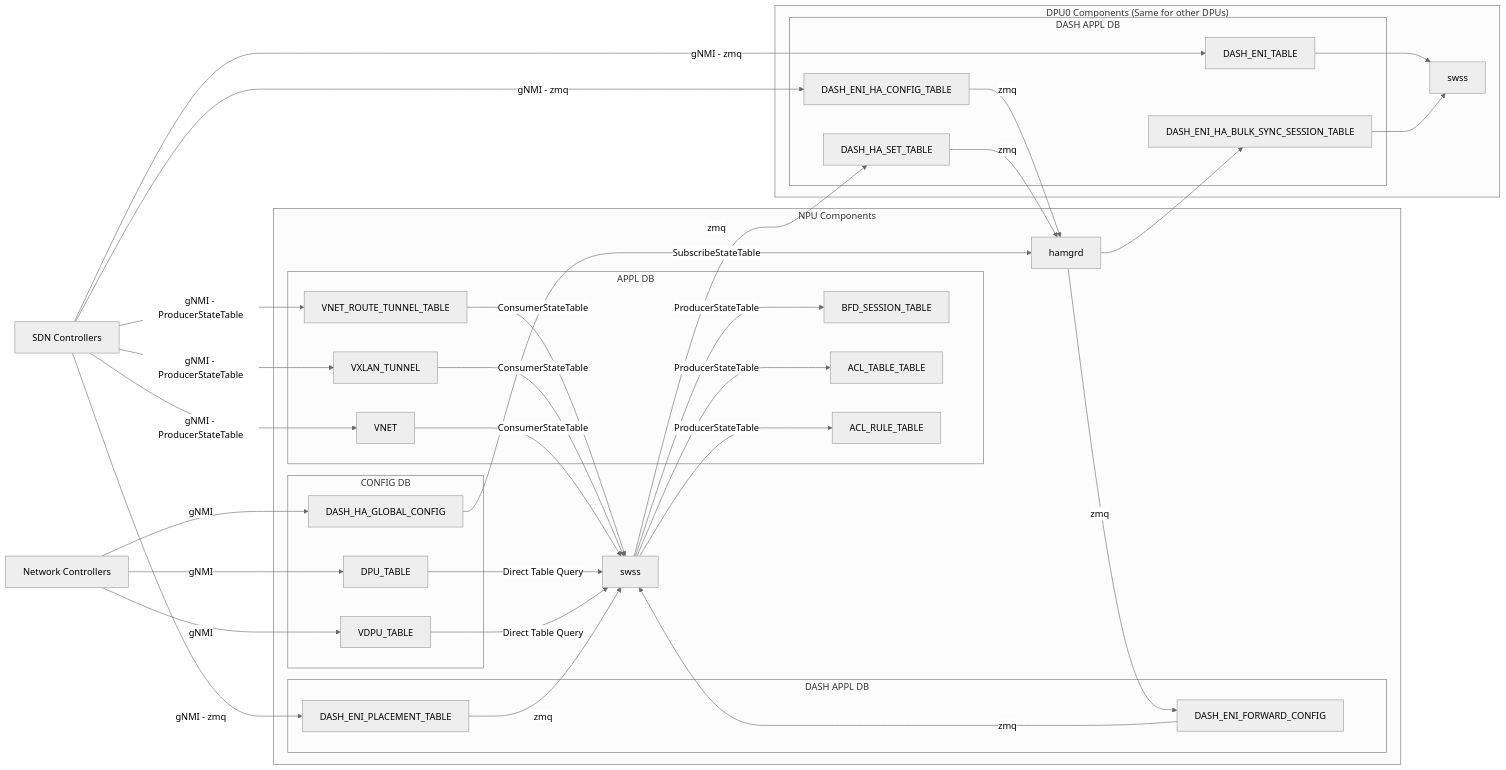
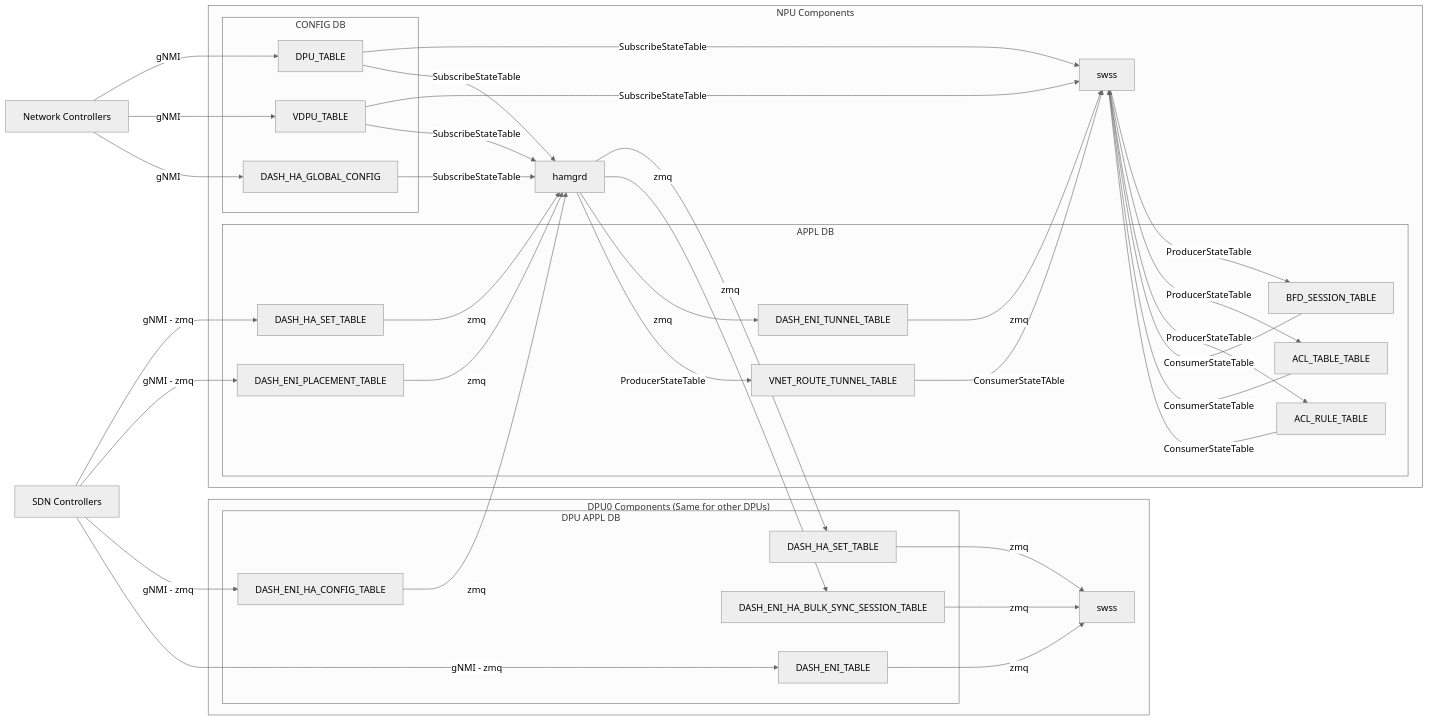
Before and after one commit to sonic-net/SONiC: the first of 2 diagrams in doc/smart-switch/high-availability/smart-switch-ha-detailed-design.md, drawn with Mermaid (neutral theme). The commit also changed other lines of this file, not shown here.

Commit message:
upstream config programming path.

````diff
--- a/doc/smart-switch/high-availability/smart-switch-ha-detailed-design.md
+++ b/doc/smart-switch/high-availability/smart-switch-ha-detailed-design.md
@@ -77,7 +73,6 @@
 
    subgraph NPU Components
       NPU_SWSS[swss]
-      NPU_HAMGRD[hamgrd]
       NPU_HAMGRD[hamgrd]
 
       subgraph CONFIG DB
@@ -87,73 +82,72 @@
       end
 
       subgraph APPL DB
-         NPU_VNET_ROUTE_TUNNEL_TABLE[VNET_ROUTE_TUNNEL_TABLE]
-         NPU_VXLAN_TUNNEL[VXLAN_TUNNEL]
-         NPU_VNET[VNET]
          NPU_BFD_SESSION[BFD_SESSION_TABLE]
          NPU_ACL_TABLE[ACL_TABLE_TABLE]
          NPU_ACL_RULE[ACL_RULE_TABLE]
-      end
+         NPU_DASH_ENI_TUNNEL_TABLE[DASH_ENI_TUNNEL_TABLE]
+         NPU_VNET_ROUTE_TUNNEL_TABLE[VNET_ROUTE_TUNNEL_TABLE]
 
-      subgraph DASH APPL DB
+         NPU_DASH_HA_SET[DASH_HA_SET_TABLE]
          NPU_DASH_ENI_PLACEMENT[DASH_ENI_PLACEMENT_TABLE]
-         NPU_DASH_ENI_FORWARD_CONFIG[DASH_ENI_FORWARD_CONFIG]
       end
    end
 
    subgraph "DPU0 Components (Same for other DPUs)"
       DPU_SWSS[swss]
 
-      subgraph DASH APPL DB
+      subgraph DPU APPL DB
+         DPU_DASH_ENI[DASH_ENI_TABLE]
+         DPU_DASH_HA_SET[DASH_HA_SET_TABLE]
          DPU_DASH_ENI_HA_CONFIG[DASH_ENI_HA_CONFIG_TABLE]
-         DPU_DASH_HA_SET[DASH_HA_SET_TABLE]
-         DPU_DASH_ENI[DASH_ENI_TABLE]
          DPU_DASH_ENI_HA_BULK_SYNC_SESSION[DASH_ENI_HA_BULK_SYNC_SESSION_TABLE]
       end
    end
 
-   %% Upstream services --> NPU config DB tables:
+   %% Upstream services --> NPU northboard interfaces:
    NC --> |gNMI| NPU_DPU
    NC --> |gNMI| NPU_VDPU
    NC --> |gNMI| NPU_DASH_HA_GLOBAL_CONFIG
-   SC --> |gNMI - ProducerStateTable| NPU_VXLAN_TUNNEL
-   SC --> |gNMI - ProducerStateTable| NPU_VNET
 
-   %% Upstream services --> NPU appl DB tables:
-   SC --> |gNMI - ProducerStateTable| NPU_VNET_ROUTE_TUNNEL_TABLE
+   SC --> |gNMI - zmq| NPU_DASH_HA_SET
    SC --> |gNMI - zmq| NPU_DASH_ENI_PLACEMENT
+
+   %% Upstream services --> DPU northboard interfaces:
    SC --> |gNMI - zmq| DPU_DASH_ENI_HA_CONFIG
-
-   %% Upstream services --> DPU appl DB tables:
    SC --> |gNMI - zmq| DPU_DASH_ENI
 
    %% NPU tables --> NPU side SWSS:
-   NPU_DPU --> |Direct Table Query| NPU_SWSS
-   NPU_VDPU --> |Direct Table Query| NPU_SWSS
-   NPU_VNET_ROUTE_TUNNEL_TABLE --> |ConsumerStateTable| NPU_SWSS
-   NPU_VXLAN_TUNNEL --> |ConsumerStateTable| NPU_SWSS
-   NPU_VNET --> |ConsumerStateTable| NPU_SWSS
-   NPU_DASH_ENI_PLACEMENT --> |zmq| NPU_SWSS
-   NPU_DASH_ENI_FORWARD_CONFIG --> |zmq| NPU_SWSS
+   NPU_DPU --> |SubscribeStateTable| NPU_SWSS
+   NPU_VDPU --> |SubscribeStateTable| NPU_SWSS
+   NPU_DASH_ENI_TUNNEL_TABLE --> |zmq| NPU_SWSS
+   NPU_VNET_ROUTE_TUNNEL_TABLE --> |ConsumerStateTAble| NPU_SWSS
+   NPU_BFD_SESSION --> |ConsumerStateTable| NPU_SWSS
+   NPU_ACL_TABLE --> |ConsumerStateTable| NPU_SWSS
+   NPU_ACL_RULE --> |ConsumerStateTable| NPU_SWSS
 
    %% NPU side SWSS --> NPU tables:
    NPU_SWSS --> |ProducerStateTable| NPU_BFD_SESSION
    NPU_SWSS --> |ProducerStateTable| NPU_ACL_TABLE
    NPU_SWSS --> |ProducerStateTable| NPU_ACL_RULE
-   NPU_SWSS --> |zmq| DPU_DASH_HA_SET
 
    %% NPU tables --> hamgrd:
+   NPU_DPU --> |SubscribeStateTable| NPU_HAMGRD
+   NPU_VDPU --> |SubscribeStateTable| NPU_HAMGRD
    NPU_DASH_HA_GLOBAL_CONFIG --> |SubscribeStateTable| NPU_HAMGRD
+   NPU_DASH_HA_SET --> |zmq| NPU_HAMGRD
+   NPU_DASH_ENI_PLACEMENT --> |zmq| NPU_HAMGRD
    DPU_DASH_ENI_HA_CONFIG --> |zmq| NPU_HAMGRD
-   DPU_DASH_HA_SET --> |zmq| NPU_HAMGRD
 
    %% hamgrd --> NPU tables:
-   NPU_HAMGRD --> |zmq| NPU_DASH_ENI_FORWARD_CONFIG
+   NPU_HAMGRD --> |zmq| NPU_DASH_ENI_TUNNEL_TABLE
+   NPU_HAMGRD --> |ProducerStateTable| NPU_VNET_ROUTE_TUNNEL_TABLE
 
    %% hamgrd --> DPU tables:
-   NPU_HAMGRD --> DPU_DASH_ENI_HA_BULK_SYNC_SESSION
+   NPU_HAMGRD --> |zmq| DPU_DASH_HA_SET
+   NPU_HAMGRD --> |zmq| DPU_DASH_ENI_HA_BULK_SYNC_SESSION
 
    %% DPU tables --> DPU SWSS:
-   DPU_DASH_ENI --> DPU_SWSS
-   DPU_DASH_ENI_HA_BULK_SYNC_SESSION --> DPU_SWSS
+   DPU_DASH_ENI --> |zmq| DPU_SWSS
+   DPU_DASH_HA_SET --> |zmq| DPU_SWSS
+   DPU_DASH_ENI_HA_BULK_SYNC_SESSION --> |zmq| DPU_SWSS
 ```
````
